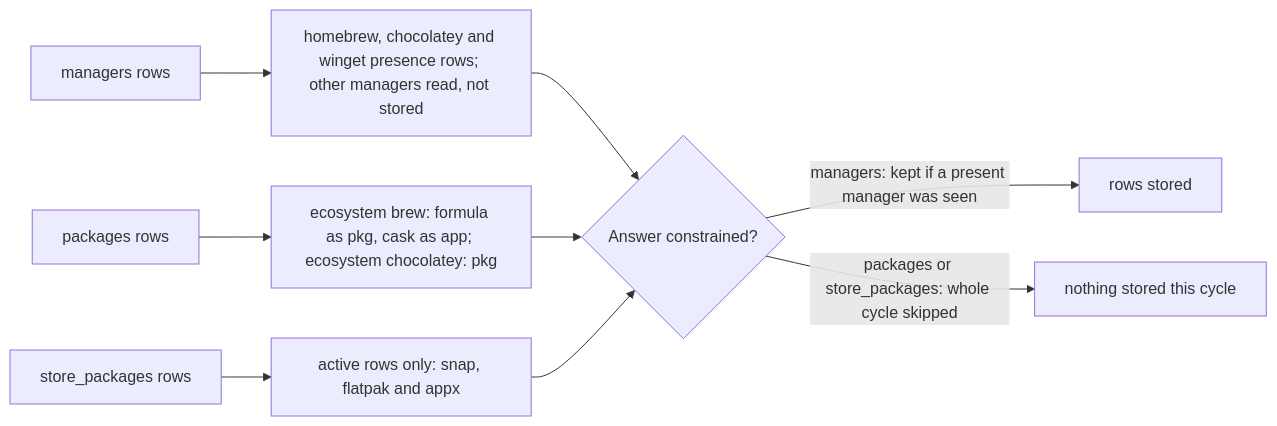
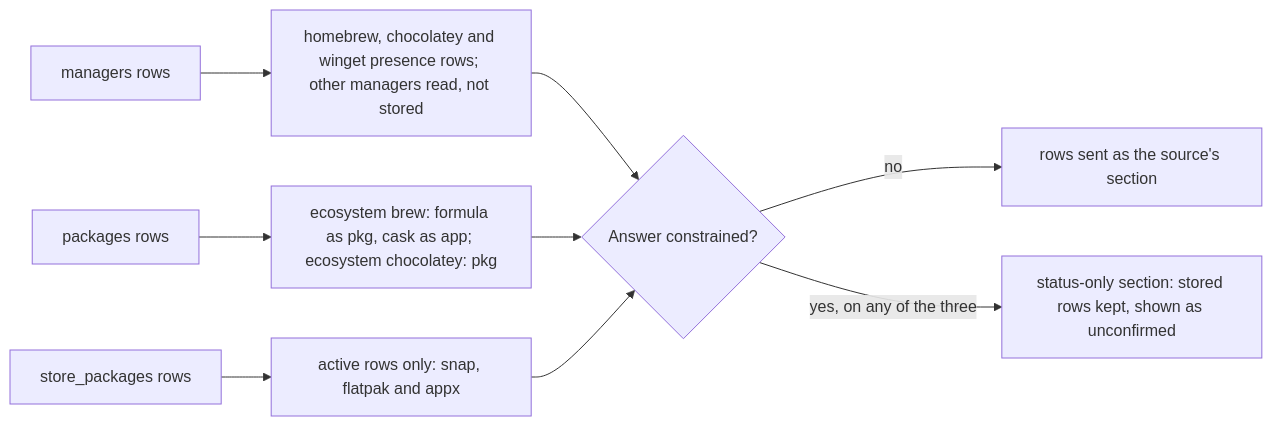
Before and after one commit to DevNullLtd/Yuzu: the third of 3 diagrams in agents/plugins/pkg_inventory/README.md, drawn with Mermaid. The commit also changed other lines of this file and 21 other files, not shown here.

````diff
--- a/agents/plugins/pkg_inventory/README.md
+++ b/agents/plugins/pkg_inventory/README.md
@@ -72,11 +72,11 @@
 ```mermaid
 flowchart LR
   M["managers rows"] --> M1["homebrew, chocolatey and winget presence rows; other managers read, not stored"]
   P["packages rows"] --> P1["ecosystem brew: formula as pkg, cask as app; ecosystem chocolatey: pkg"]
   X["store_packages rows"] --> X1["active rows only: snap, flatpak and appx"]
   M1 --> G{"Answer constrained?"}
   P1 --> G
   X1 --> G
-  G -->|"managers: kept if a present manager was seen"| K["rows stored"]
-  G -->|"packages or store_packages: whole cycle skipped"| Q["nothing stored this cycle"]
+  G -->|"no"| K["rows sent as the source's section"]
+  G -->|"yes, on any of the three"| Q["status-only section: stored rows kept, shown as unconfirmed"]
 ```
````
